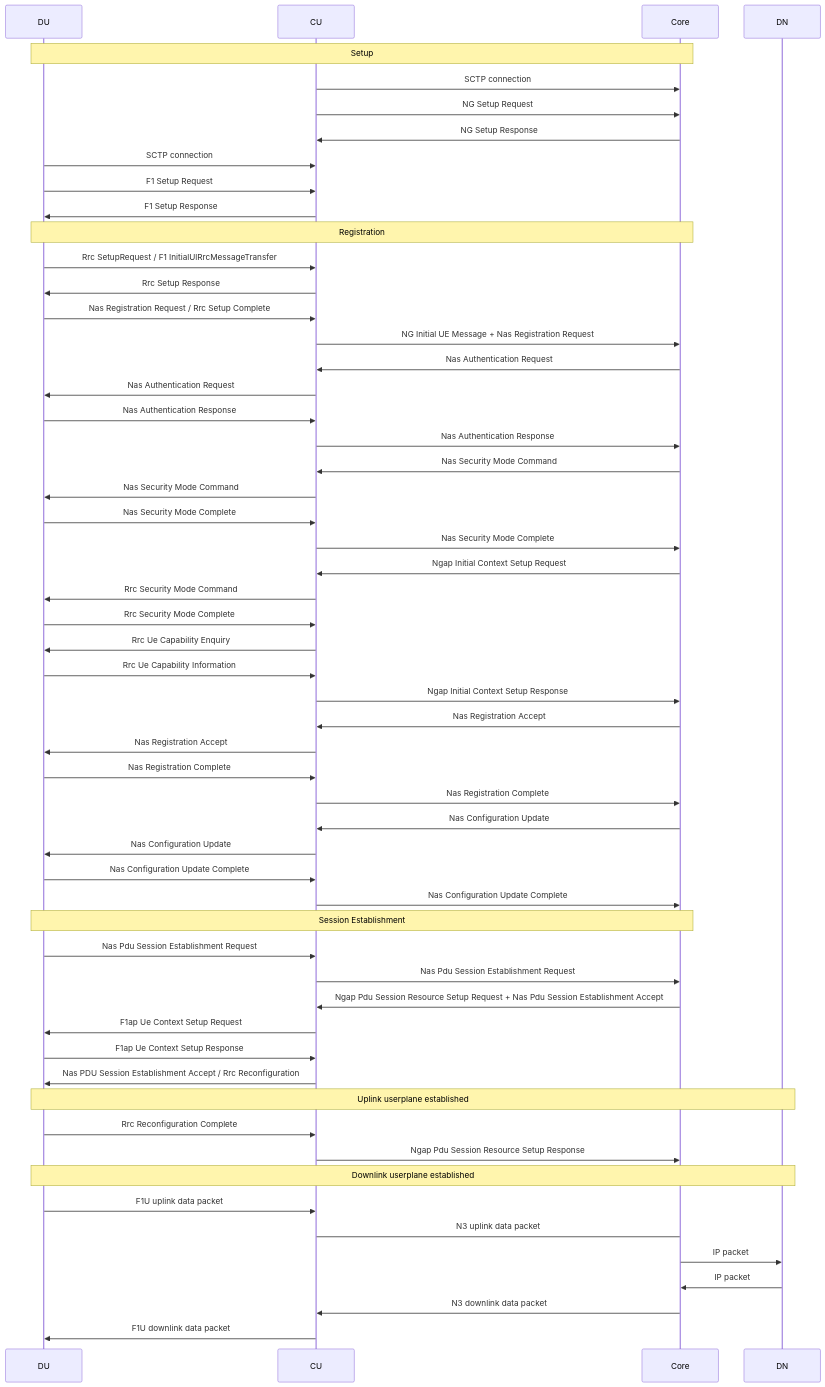
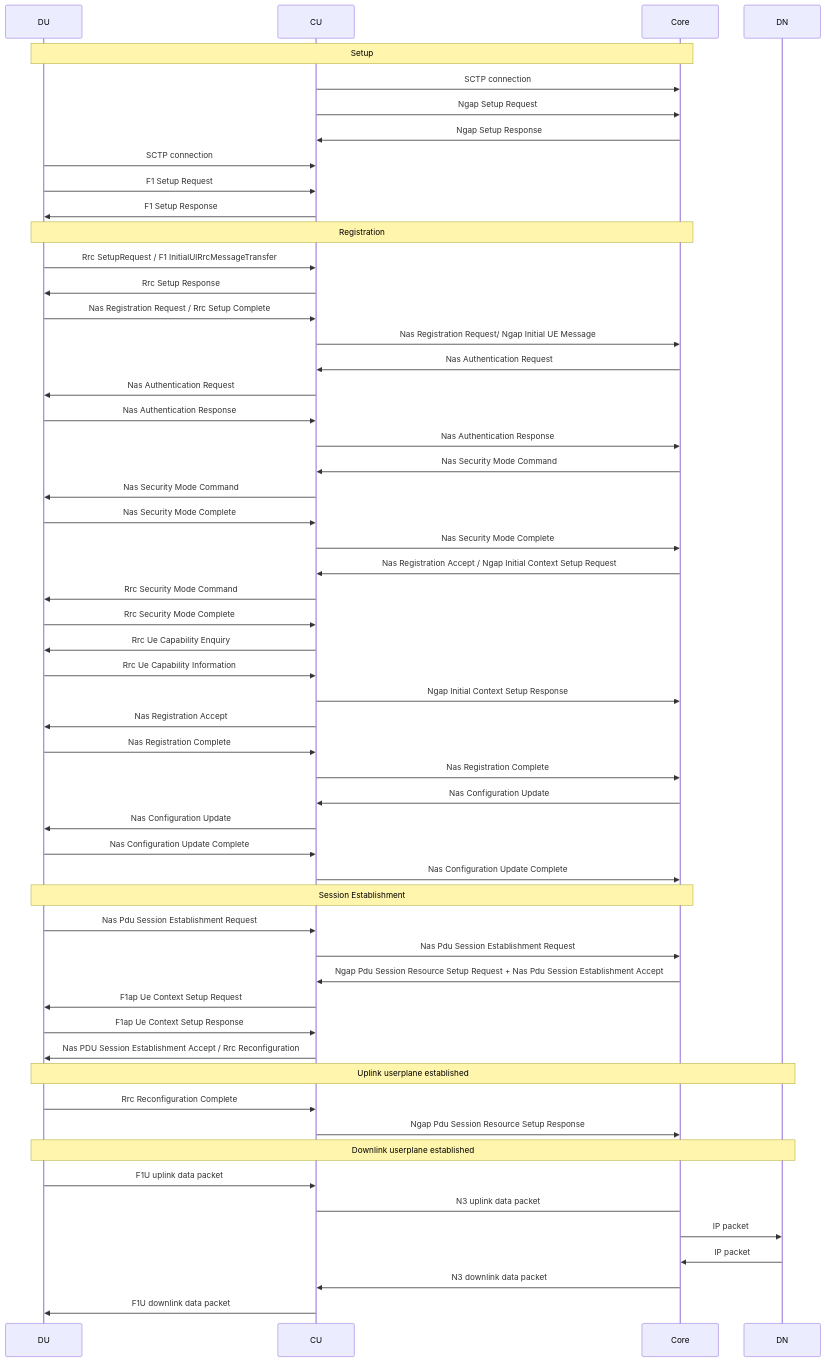
Before and after one commit to nplrkn/qcore: the diagram in docs/designs - existing/attach.md, drawn with Mermaid. The commit also changed 7 other files, not shown here.

````diff
--- a/docs/designs - existing/attach.md
+++ b/docs/designs - existing/attach.md
@@ -10,58 +10,57 @@
 ```mermaid
 sequenceDiagram
   participant DU
   participant CU
   participant Core
   participant DN
   Note over DU,Core: Setup
   CU->>Core: SCTP connection
-  CU->>Core: NG Setup Request
-  Core->>CU: NG Setup Response
+  CU->>Core: Ngap Setup Request
+  Core->>CU: Ngap Setup Response
   DU->>CU: SCTP connection
   DU->>CU: F1 Setup Request
   CU->>DU: F1 Setup Response
   Note over DU,Core: Registration
   DU->>CU: Rrc SetupRequest / F1 InitialUlRrcMessageTransfer 
   CU->>DU: Rrc Setup Response 
   DU->>CU: Nas Registration Request / Rrc Setup Complete 
-  CU->>Core: NG Initial UE Message + Nas Registration Request
+  CU->>Core: Nas Registration Request/ Ngap Initial UE Message 
   Core->>CU: Nas Authentication Request 
   CU->>DU: Nas Authentication Request 
   DU->>CU: Nas Authentication Response
   CU->>Core: Nas Authentication Response
   Core->>CU: Nas Security Mode Command 
   CU->>DU: Nas Security Mode Command
   DU->>CU: Nas Security Mode Complete
   CU->>Core: Nas Security Mode Complete
-  Core->>CU: Ngap Initial Context Setup Request
+  Core->>CU: Nas Registration Accept / Ngap Initial Context Setup Request 
   CU->>DU: Rrc Security Mode Command 
   DU->>CU: Rrc Security Mode Complete
   CU->>DU: Rrc Ue Capability Enquiry 
   DU->>CU: Rrc Ue Capability Information
   CU->>Core: Ngap Initial Context Setup Response
-  Core->>CU: Nas Registration Accept
   CU->>DU: Nas Registration Accept
   DU->>CU: Nas Registration Complete
   CU->>Core: Nas Registration Complete
   Core->>CU: Nas Configuration Update
   CU->>DU: Nas Configuration Update
   DU->>CU: Nas Configuration Update Complete
   CU->>Core: Nas Configuration Update Complete
   Note over DU,Core: Session Establishment
   DU->>CU: Nas Pdu Session Establishment Request
   CU->>Core: Nas Pdu Session Establishment Request
   Core->>CU: Ngap Pdu Session Resource Setup Request  + Nas Pdu Session Establishment Accept
   CU->>DU: F1ap Ue Context Setup Request
   DU->>CU: F1ap Ue Context Setup Response
   CU->>DU: Nas PDU Session Establishment Accept / Rrc Reconfiguration 
   Note over DU,DN: Uplink userplane established
   DU->>CU: Rrc Reconfiguration Complete 
   CU->>Core: Ngap Pdu Session Resource Setup Response 
   Note over DU,DN: Downlink userplane established
   DU->>CU: F1U uplink data packet
   CU->Core: N3 uplink data packet
   Core->>DN: IP packet
   DN->>Core: IP packet
   Core->>CU: N3 downlink data packet
   CU->>DU: F1U downlink data packet
 ```
````
